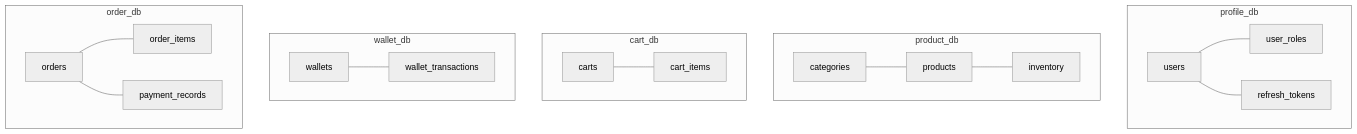
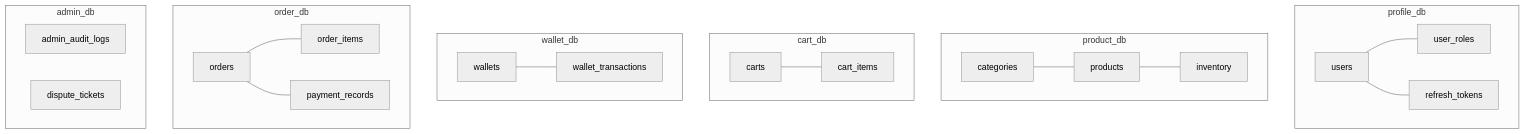
One commit to varshinijayaprabhu/E_Shopping_Zone changed the diagram in DATABASE.md. Above: the diagram before and after it, drawn with Mermaid (neutral theme). The commit also changed other lines of this file and 74 other files, not shown here.

Commit message:
feat: implement admin-service, ROLE_ADMIN governance, dispute SLA auto-escalation, and platform dashboard

````diff
--- a/DATABASE.md
+++ b/DATABASE.md
@@ -15,38 +15,43 @@
 ```mermaid
 graph TD
     subgraph profile_db
         U[users]
         UR[user_roles]
         RT[refresh_tokens]
         U --- UR
         U --- RT
     end
 
     subgraph product_db
         C[categories]
         P[products]
         I[inventory]
         C --- P
         P --- I
     end
 
     subgraph cart_db
         CT[carts]
         CI[cart_items]
         CT --- CI
     end
 
     subgraph wallet_db
         W[wallets]
         WT[wallet_transactions]
         W --- WT
     end
 
     subgraph order_db
         O[orders]
         OI[order_items]
         PR[payment_records]
         O --- OI
         O --- PR
     end
+
+    subgraph admin_db
+        AL[admin_audit_logs]
+        DT[dispute_tickets]
+    end
 ```
````
